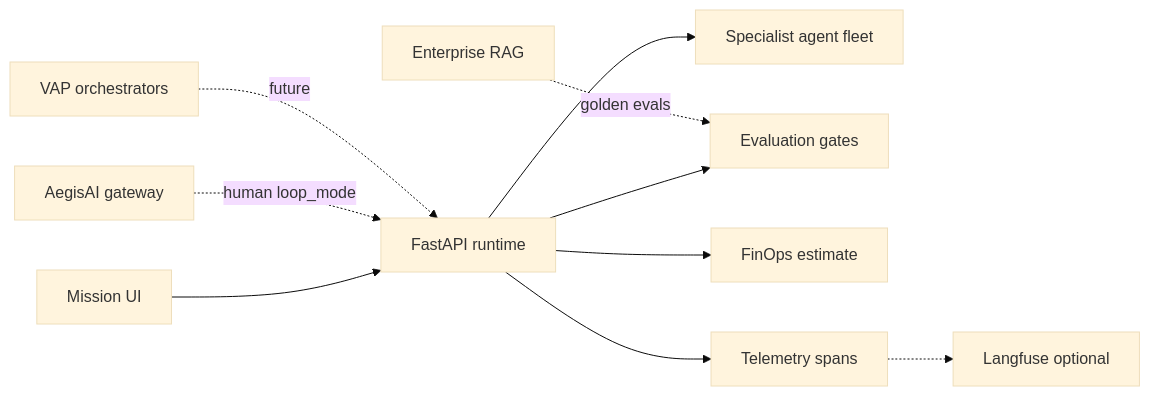
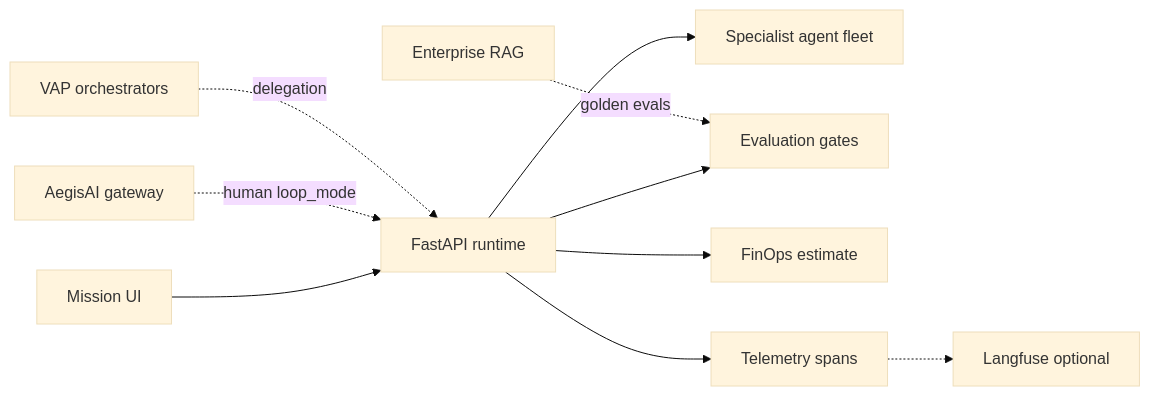
One commit to vpeetla-ai/aegisloop-agentops-workbench changed the diagram in README.md. Above: the diagram before and after it, drawn with Mermaid (base theme). The commit also changed other lines of this file and 1 other file, not shown here.

Commit message:
Add docs/ARCHITECTURE.md and fix VAP delegation mermaid.

````diff
--- a/README.md
+++ b/README.md
@@ -41,12 +41,12 @@
 ```mermaid
 flowchart LR
   User["Mission UI"] --> API["FastAPI runtime"]
   API --> Fleet["Specialist agent fleet"]
   API --> Eval["Evaluation gates"]
   API --> Fin["FinOps estimate"]
   API --> Tel["Telemetry spans"]
   Tel -.-> LF["Langfuse optional"]
   GW["AegisAI gateway"] -.->|"human loop_mode"| API
-  VAP["VAP orchestrators"] -.->|"future"| API
+  VAP["VAP orchestrators"] -.->|"delegation"| API
   RAG["Enterprise RAG"] -.->|"golden evals"| Eval
 ```
````
